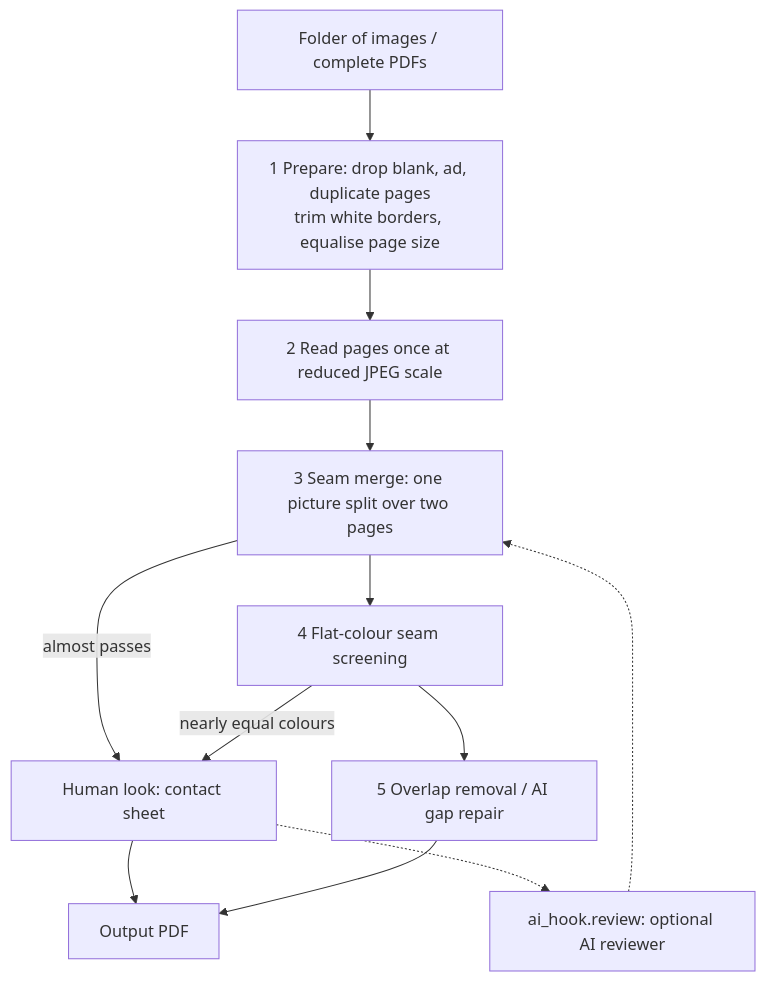
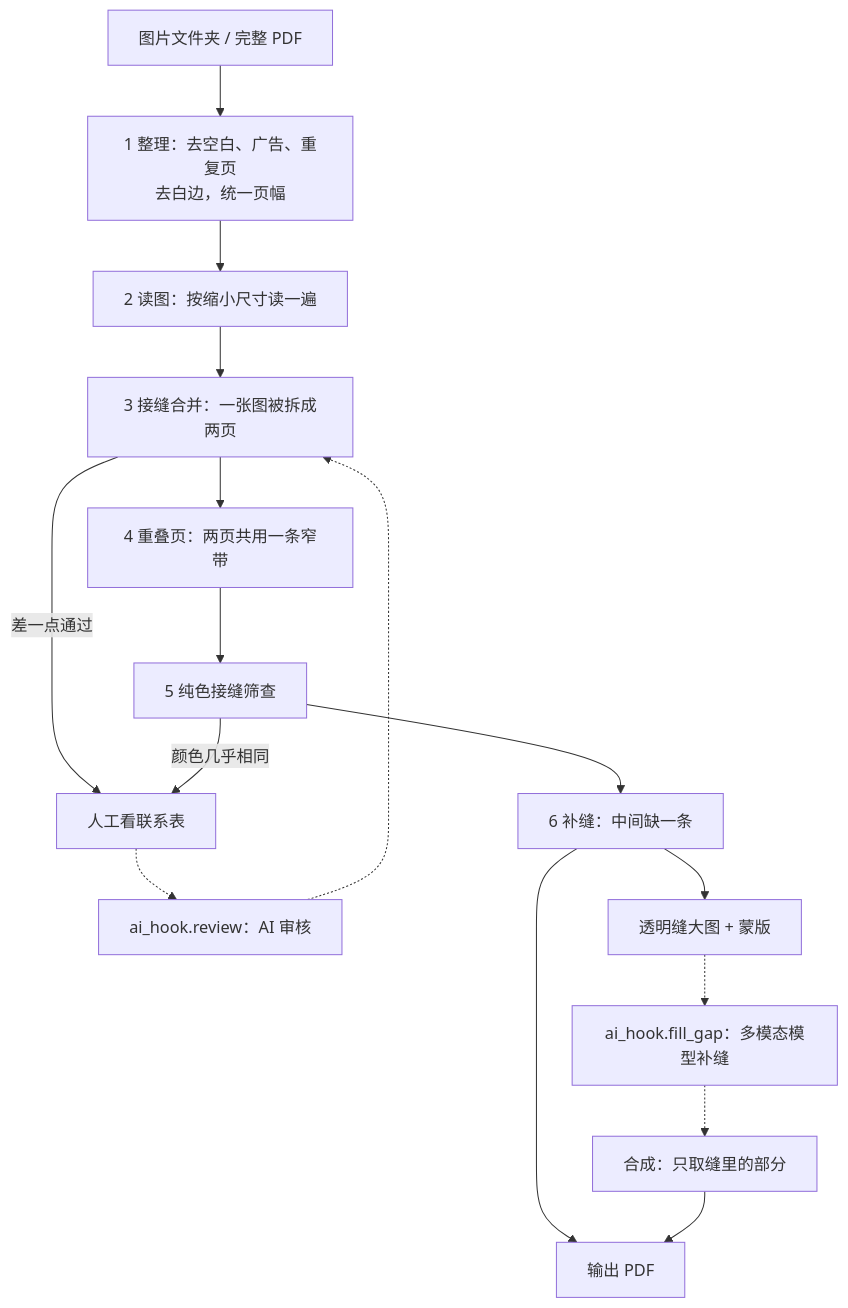
The diagram in README.md (YcWsop/PhotobookAutoEditor), drawn with Mermaid before and after one commit. The commit also changed other lines of this file and 8 other files, not shown here.

First line of the commit message:
Add overlap stitching and gap-repair interface; README in Chinese

````diff
--- a/README.md
+++ b/README.md
@@ -23,14 +30,18 @@
 ```mermaid
 flowchart TD
-    A[Folder of images / complete PDFs] --> B[1 Prepare: drop blank, ad, duplicate pages<br/>trim white borders, equalise page size]
-    B --> C[2 Read pages once at reduced JPEG scale]
-    C --> D[3 Seam merge: one picture split over two pages]
-    D -->|almost passes| H[Human look: contact sheet]
-    D --> E[4 Flat-colour seam screening]
-    E -->|nearly equal colours| H
-    E --> F[5 Overlap removal / AI gap repair]
-    H --> G
-    F --> G[Output PDF]
-    H -.-> I[ai_hook.review: optional AI reviewer]
+    A[图片文件夹 / 完整 PDF] --> B[1 整理：去空白、广告、重复页<br/>去白边，统一页幅]
+    B --> C[2 读图：按缩小尺寸读一遍]
+    C --> D[3 接缝合并：一张图被拆成两页]
+    D -->|差一点通过| H[人工看联系表]
+    D --> O[4 重叠页：两页共用一条窄带]
+    O --> E[5 纯色接缝筛查]
+    E -->|颜色几乎相同| H
+    E --> F[6 补缝：中间缺一条]
+    H -.-> I[ai_hook.review：AI 审核]
     I -.-> D
+    F --> J[透明缝大图 + 蒙版]
+    J -.-> K[ai_hook.fill_gap：多模态模型补缝]
+    K -.-> L[合成：只取缝里的部分]
+    F --> G[输出 PDF]
+    L --> G
 ```
````
